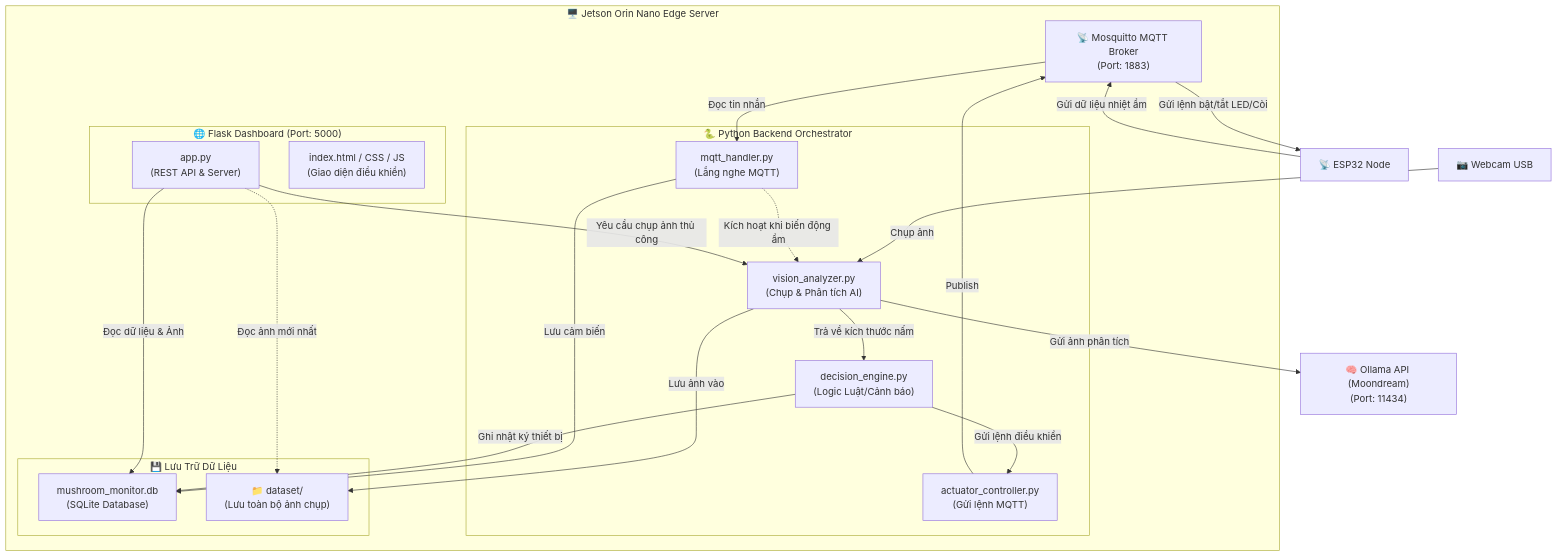
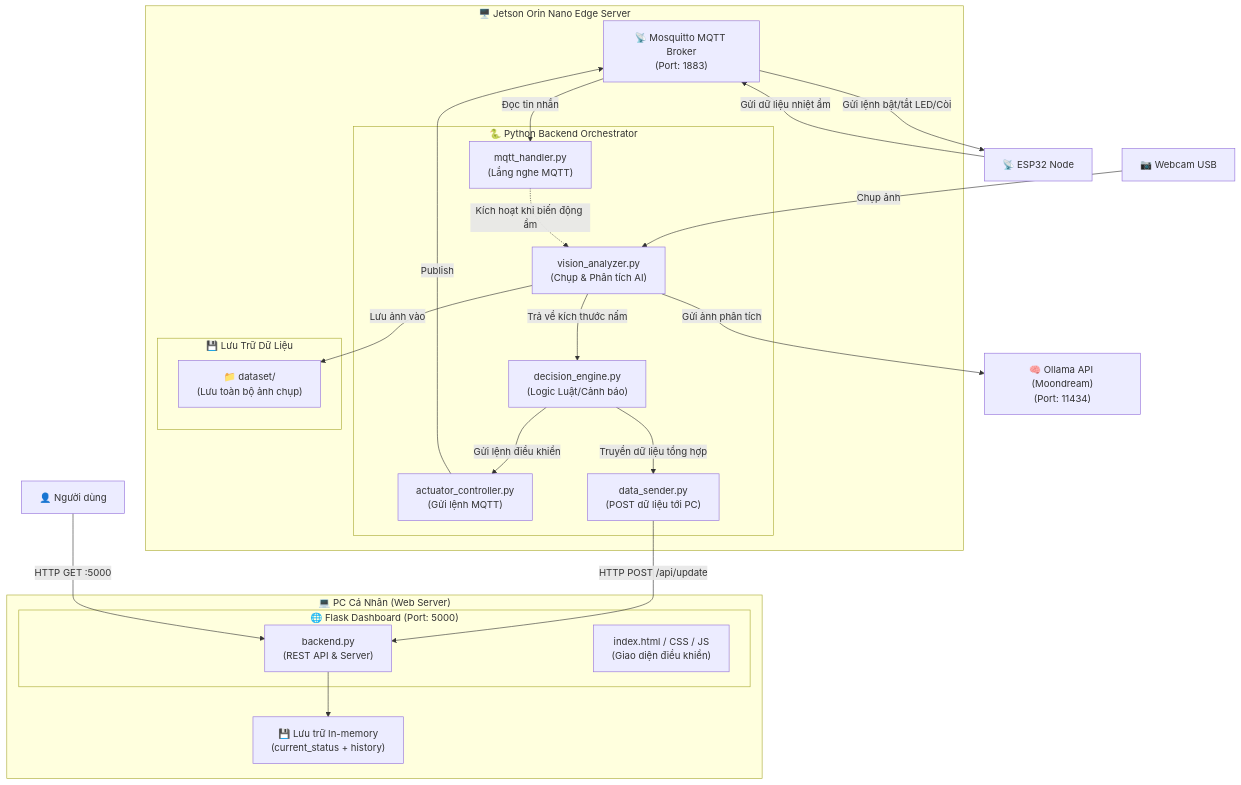
The first of 3 diagrams in jetson_system_spec.md (giahung25/IoT_project), drawn with Mermaid before and after one commit. The commit also changed other lines of this file and 18 other files, not shown here.

````diff
--- a/jetson_system_spec.md
+++ b/jetson_system_spec.md
@@ -9,43 +9,46 @@
 ```mermaid
 graph TB
     subgraph Jetson_Orin_Nano["🖥️ Jetson Orin Nano Edge Server"]
         MQTT_Broker["📡 Mosquitto MQTT Broker<br/>(Port: 1883)"]
         
         subgraph Backend_Process["🐍 Python Backend Orchestrator"]
             MQTT_Handler["mqtt_handler.py<br/>(Lắng nghe MQTT)"]
             Vision_Analyzer["vision_analyzer.py<br/>(Chụp & Phân tích AI)"]
             Decision_Engine["decision_engine.py<br/>(Logic Luật/Cảnh báo)"]
             Actuator_Ctrl["actuator_controller.py<br/>(Gửi lệnh MQTT)"]
+            Data_Sender["data_sender.py<br/>(POST dữ liệu tới PC)"]
         end
 
         subgraph Storage["💾 Lưu Trữ Dữ Liệu"]
-            SQLite_DB["mushroom_monitor.db<br/>(SQLite Database)"]
             Dataset_Folder["📁 dataset/<br/>(Lưu toàn bộ ảnh chụp)"]
         end
+    end
 
+    subgraph PC_Server["💻 PC Cá Nhân (Web Server)"]
         subgraph Web_Server["🌐 Flask Dashboard (Port: 5000)"]
-            Flask_App["app.py<br/>(REST API & Server)"]
+            Flask_App["backend.py<br/>(REST API & Server)"]
             UI_Files["index.html / CSS / JS<br/>(Giao diện điều khiển)"]
         end
+        Data_Store["💾 Lưu trữ In-memory<br/>(current_status + history)"]
     end
 
     ESP32["📡 ESP32 Node"] -->|Gửi dữ liệu nhiệt ẩm| MQTT_Broker
     MQTT_Broker -->|Đọc tin nhắn| MQTT_Handler
-    MQTT_Handler -->|Lưu cảm biến| SQLite_DB
     
     Webcam["📷 Webcam USB"] -->|Chụp ảnh| Vision_Analyzer
     Vision_Analyzer -->|Lưu ảnh vào| Dataset_Folder
     Vision_Analyzer -->|Gửi ảnh phân tích| Ollama["🧠 Ollama API (Moondream)<br/>(Port: 11434)"]
     
     MQTT_Handler -.->|Kích hoạt khi biến động ẩm| Vision_Analyzer
-    Flask_App -->|Yêu cầu chụp ảnh thủ công| Vision_Analyzer
     
     Vision_Analyzer -->|Trả về kích thước nấm| Decision_Engine
-    Decision_Engine -->|Ghi nhật ký thiết bị| SQLite_DB
     Decision_Engine -->|Gửi lệnh điều khiển| Actuator_Ctrl
     Actuator_Ctrl -->|Publish| MQTT_Broker
     MQTT_Broker -->|Gửi lệnh bật/tắt LED/Còi| ESP32
     
-    Flask_App -->|Đọc dữ liệu & Ảnh| SQLite_DB
-    Flask_App -.->|Đọc ảnh mới nhất| Dataset_Folder
+    Decision_Engine -->|Truyền dữ liệu tổng hợp| Data_Sender
+    Data_Sender -->|"HTTP POST /api/update"| Flask_App
+    Flask_App --> Data_Store
+    
+    User["👤 Người dùng"] -->|"HTTP GET :5000"| Flask_App
 ```
````
